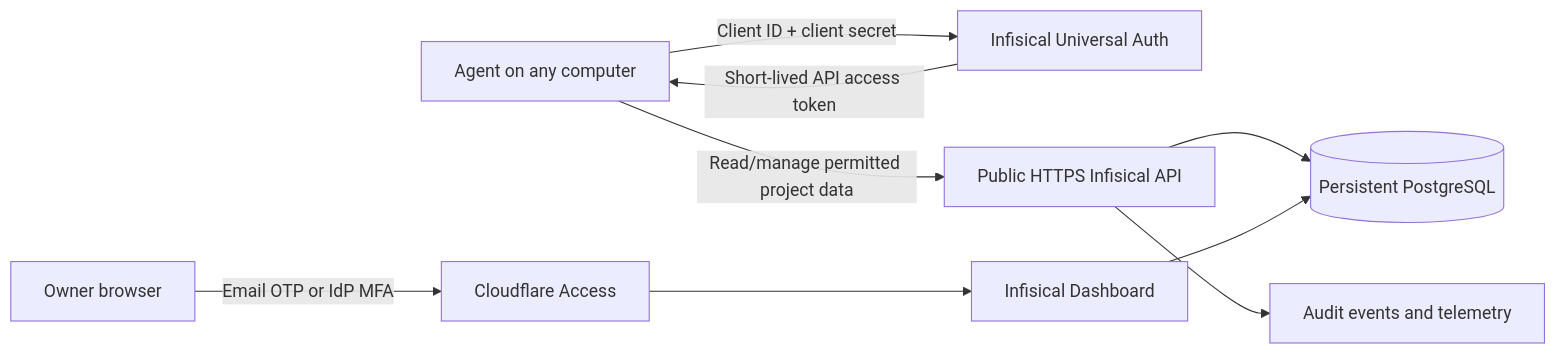
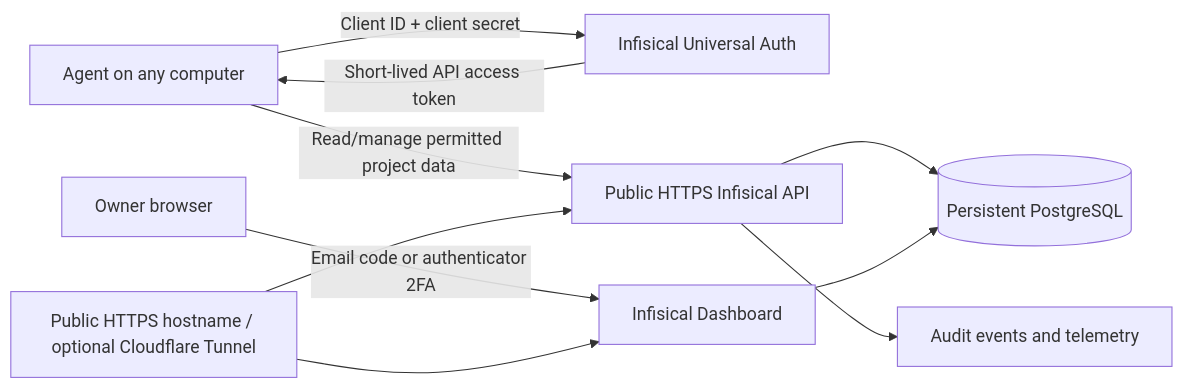
Before and after one commit to Pukujan/agent-secret-vault: the diagram in docs/architecture.md, drawn with Mermaid. The commit also changed other lines of this file and 3 other files, not shown here.

Commit message:
Use public Infisical access with owner MFA

````diff
--- a/docs/architecture.md
+++ b/docs/architecture.md
@@ -13,11 +13,12 @@
 ```mermaid
 flowchart LR
   A[Agent on any computer] -->|Client ID + client secret| I[Infisical Universal Auth]
   I -->|Short-lived API access token| A
   A -->|Read/manage permitted project data| P[Public HTTPS Infisical API]
-  U[Owner browser] -->|Email OTP or IdP MFA| C[Cloudflare Access]
-  C --> D[Infisical Dashboard]
+  U[Owner browser] -->|Email code or authenticator 2FA| D[Infisical Dashboard]
+  T[Public HTTPS hostname / optional Cloudflare Tunnel] --> P
+  T --> D
   P --> DB[(Persistent PostgreSQL)]
   D --> DB
   P --> L[Audit events and telemetry]
 ```
````
